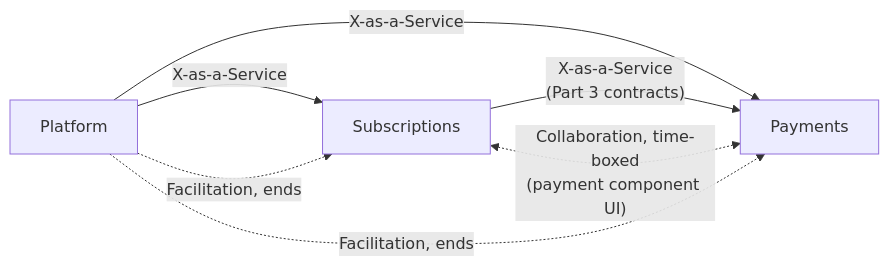
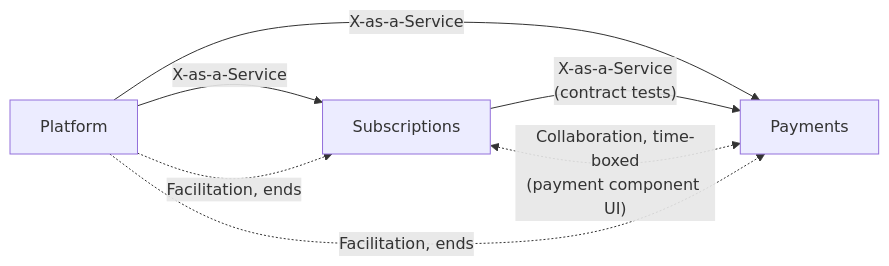
One commit to all-boundaries/website changed the first of 2 diagrams in src/content/docs/patterns/across-teams/team-interaction-patterns.md. Above: the diagram before and after it, drawn with Mermaid. The commit also changed other lines of this file and 6 other files, not shown here.

````diff
--- a/src/content/docs/patterns/across-teams/team-interaction-patterns.md
+++ b/src/content/docs/patterns/across-teams/team-interaction-patterns.md
@@ -37,9 +37,9 @@
 ```mermaid
 flowchart LR
     Plat["Platform"] -->|X-as-a-Service| Sub["Subscriptions"]
     Plat -->|X-as-a-Service| Pay["Payments"]
-    Sub -->|"X-as-a-Service<br/>(Part 3 contracts)"| Pay
+    Sub -->|"X-as-a-Service<br/>(contract tests)"| Pay
     Sub <-.->|"Collaboration, time-boxed<br/>(payment component UI)"| Pay
     Plat -.->|Facilitation, ends| Sub
     Plat -.->|Facilitation, ends| Pay
 ```
````
